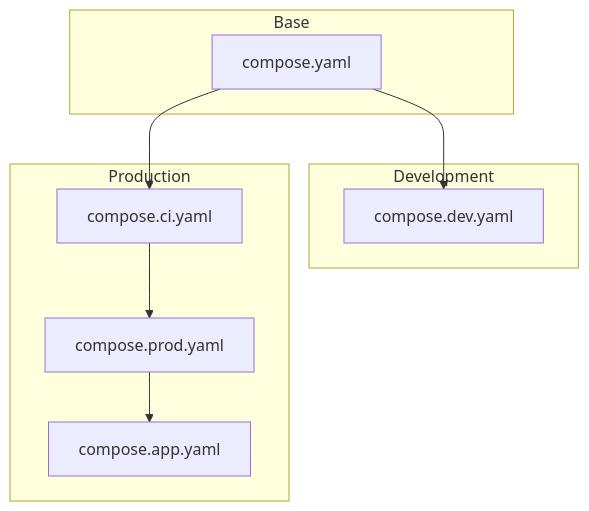
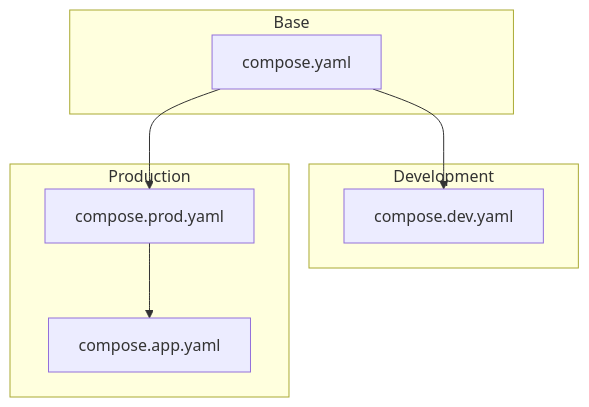
One commit to BastiDood/drap changed the second of 2 diagrams in README.md. Above: the diagram before and after it, drawn with Mermaid. The commit also changed other lines of this file and 1 other file, not shown here.

Commit message:
docs: update Docker Compose stack

````diff
--- a/README.md
+++ b/README.md
@@ -142,19 +142,18 @@
 ```mermaid
 flowchart TD
     subgraph Base
         base[compose.yaml]
     end
 
     subgraph Development
         dev[compose.dev.yaml]
     end
 
     subgraph Production
-        ci[compose.ci.yaml]
         prod[compose.prod.yaml]
         app[compose.app.yaml]
     end
 
     base --> dev
-    base --> ci --> prod --> app
+    base --> prod --> app
 ```
````
